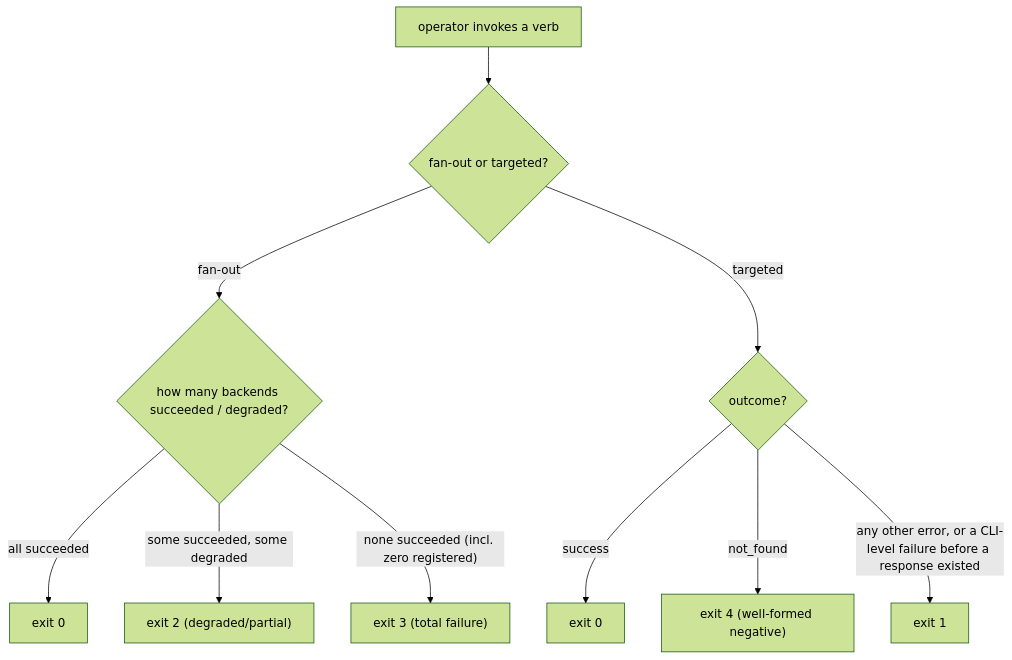
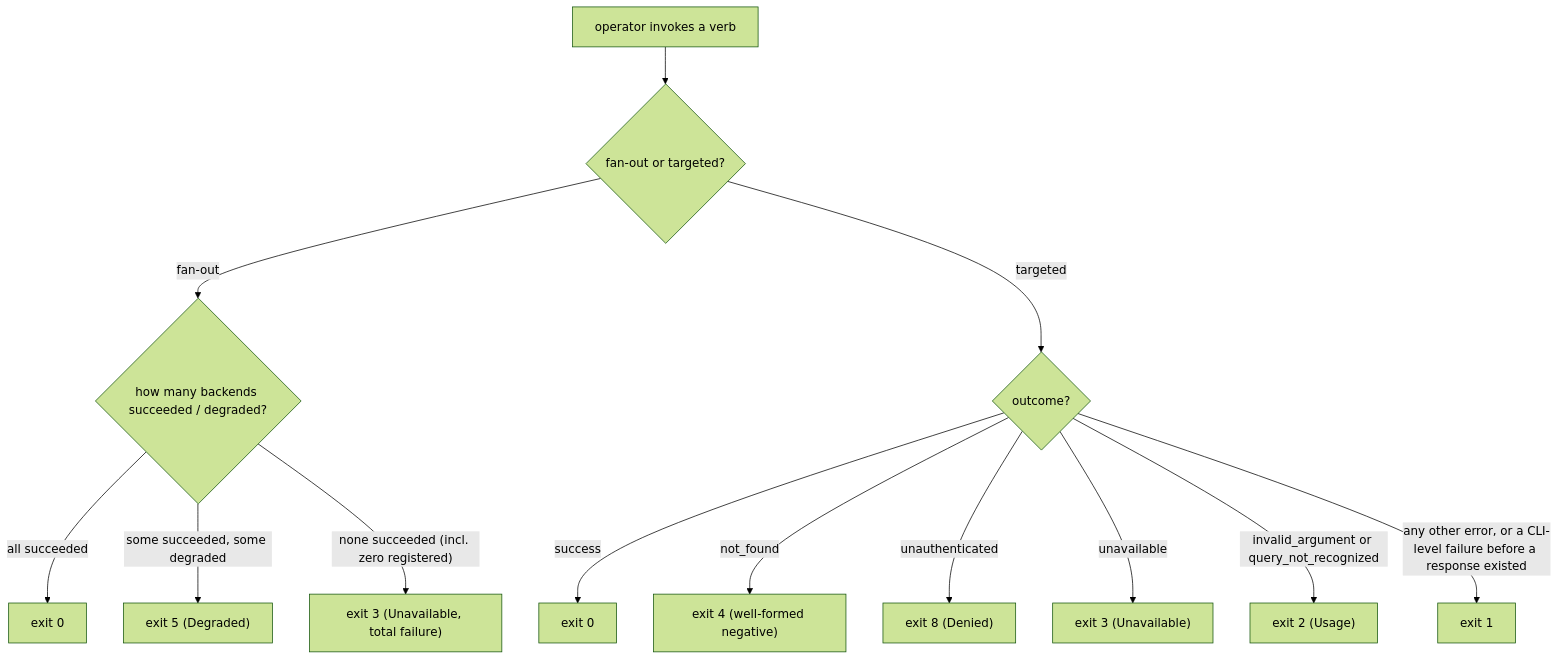
Before and after one commit to phillipgreenii/nix-agent-support: the third of 3 diagrams in packages/pg-connector/docs/behavior/invariants.md, drawn with Mermaid (forest theme). The commit also changed other lines of this file and 48 other files, not shown here.

````diff
--- a/packages/pg-connector/docs/behavior/invariants.md
+++ b/packages/pg-connector/docs/behavior/invariants.md
@@ -529,12 +531,15 @@
   ```mermaid
   flowchart TD
       call["operator invokes a verb"] --> shape{"fan-out or targeted?"}
       shape -->|fan-out| fo{"how many backends succeeded / degraded?"}
       fo -->|"all succeeded"| e0a["exit 0"]
-      fo -->|"some succeeded, some degraded"| e2["exit 2 (degraded/partial)"]
-      fo -->|"none succeeded (incl. zero registered)"| e3["exit 3 (total failure)"]
+      fo -->|"some succeeded, some degraded"| e5["exit 5 (Degraded)"]
+      fo -->|"none succeeded (incl. zero registered)"| e3["exit 3 (Unavailable, total failure)"]
       shape -->|targeted| tg{"outcome?"}
       tg -->|success| e0b["exit 0"]
       tg -->|"not_found"| e4["exit 4 (well-formed negative)"]
+      tg -->|"unauthenticated"| e8["exit 8 (Denied)"]
+      tg -->|"unavailable"| e3t["exit 3 (Unavailable)"]
+      tg -->|"invalid_argument or query_not_recognized"| e2t["exit 2 (Usage)"]
       tg -->|"any other error, or a CLI-level failure before a response existed"| e1["exit 1"]
   ```
````
